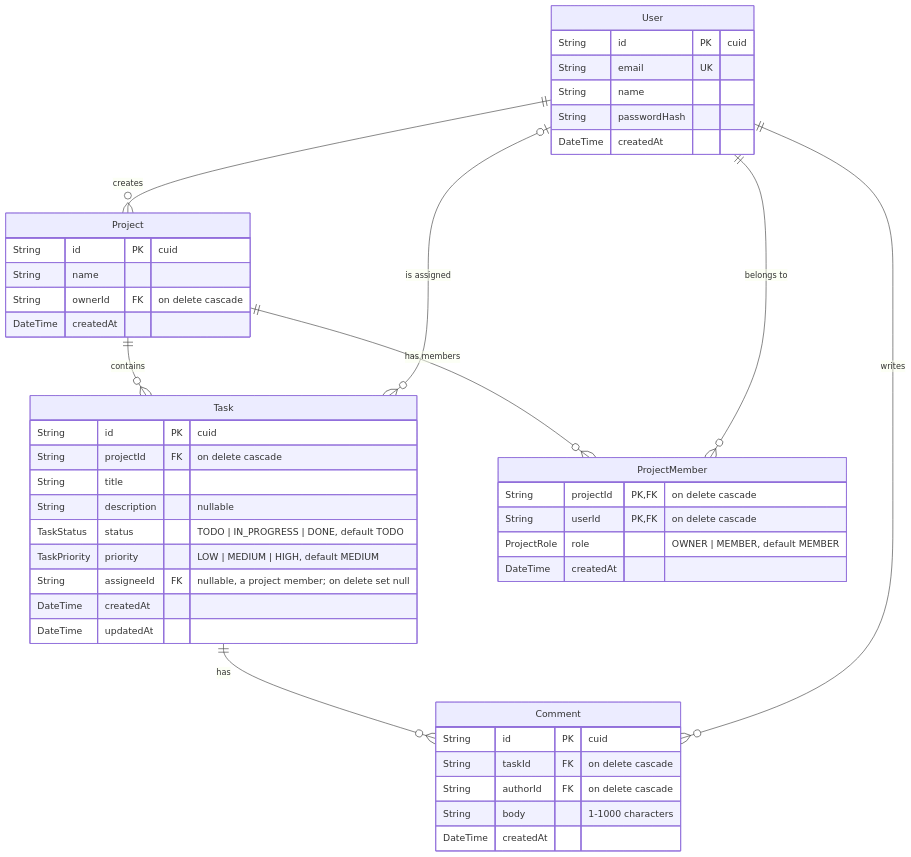
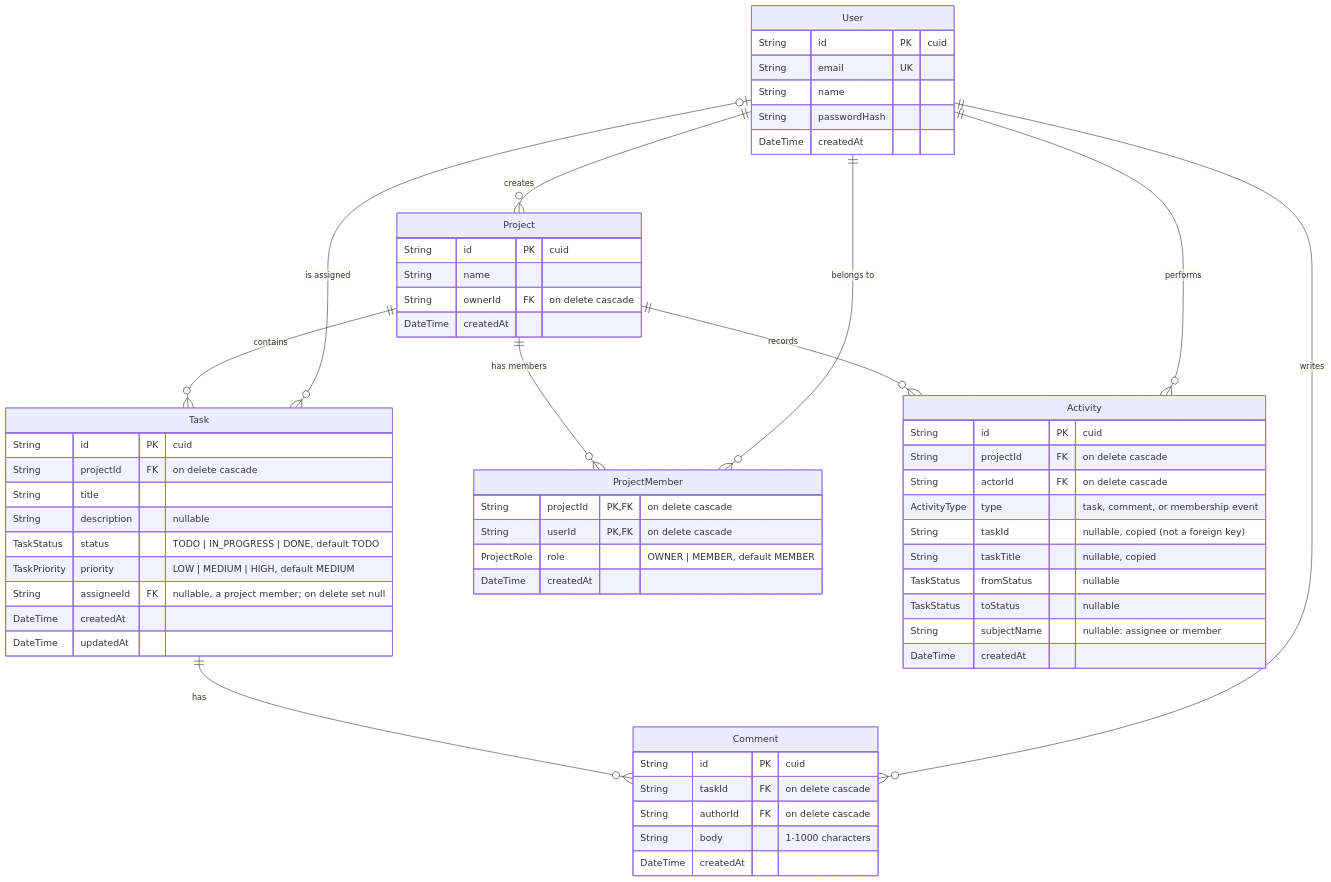
One commit to stone-coding/team-task-board-copilot changed the fourth of 4 diagrams in docs/architecture.md. Above: the diagram before and after it, drawn with Mermaid. The commit also changed other lines of this file and 6 other files, not shown here.

First line of the commit message:
docs(#55): document the activity feed in the PRD, ER diagram, architecture, DESIGN.md, README, and screenshots

````diff
--- a/docs/architecture.md
+++ b/docs/architecture.md
@@ -69,48 +69,62 @@
 ```mermaid
 erDiagram
   User ||--o{ Project : creates
   Project ||--o{ Task : contains
   Project ||--o{ ProjectMember : "has members"
   User ||--o{ ProjectMember : "belongs to"
   User |o--o{ Task : "is assigned"
   Task ||--o{ Comment : has
+  Project ||--o{ Activity : records
+  User ||--o{ Activity : performs
   User ||--o{ Comment : writes
 
   User {
     String id PK "cuid"
     String email UK
     String name
     String passwordHash
     DateTime createdAt
   }
   Project {
     String id PK "cuid"
     String name
     String ownerId FK "on delete cascade"
     DateTime createdAt
   }
   ProjectMember {
     String projectId PK,FK "on delete cascade"
     String userId PK,FK "on delete cascade"
     ProjectRole role "OWNER | MEMBER, default MEMBER"
     DateTime createdAt
   }
   Task {
     String id PK "cuid"
     String projectId FK "on delete cascade"
     String title
     String description "nullable"
     TaskStatus status "TODO | IN_PROGRESS | DONE, default TODO"
     TaskPriority priority "LOW | MEDIUM | HIGH, default MEDIUM"
     String assigneeId FK "nullable, a project member; on delete set null"
     DateTime createdAt
     DateTime updatedAt
   }
   Comment {
     String id PK "cuid"
     String taskId FK "on delete cascade"
     String authorId FK "on delete cascade"
     String body "1-1000 characters"
     DateTime createdAt
   }
+  Activity {
+    String id PK "cuid"
+    String projectId FK "on delete cascade"
+    String actorId FK "on delete cascade"
+    ActivityType type "task, comment, or membership event"
+    String taskId "nullable, copied (not a foreign key)"
+    String taskTitle "nullable, copied"
+    TaskStatus fromStatus "nullable"
+    TaskStatus toStatus "nullable"
+    String subjectName "nullable: assignee or member"
+    DateTime createdAt
+  }
 ```
````
